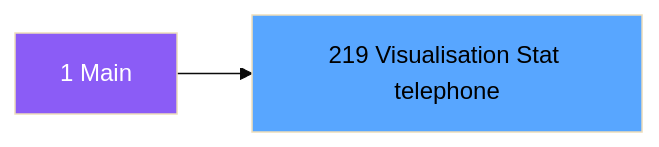
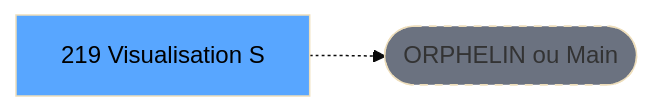
The second of 3 diagrams in .openspec/specs/ADH-IDE-219.md (thonyAGP/lecteur-magic), drawn with Mermaid (base theme) before and after one commit. The commit also changed other lines of this file and 701 other files, not shown here.

````diff
--- a/.openspec/specs/ADH-IDE-219.md
+++ b/.openspec/specs/ADH-IDE-219.md
@@ -109,8 +118,8 @@
 ```mermaid
 graph LR
-    M[1 Main]
-    T[219 Visualisation Stat telephone]
-    M --> T
-    style M fill:#8b5cf6,color:#fff
+    T[219 Visualisation S]
+    ORPHAN([ORPHELIN ou Main])
+    T -.-> ORPHAN
     style T fill:#58a6ff,color:#000
+    style ORPHAN fill:#6b7280,stroke-dasharray: 5 5
 ```
````
